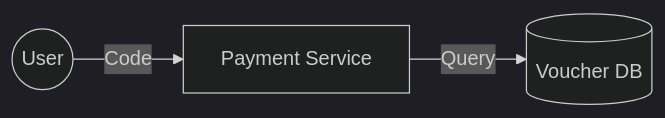
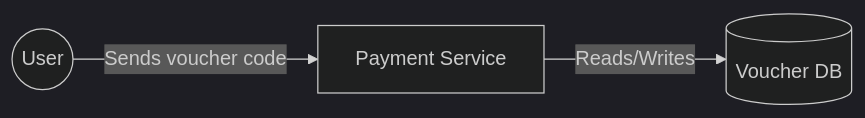
One commit to SDN-Group5/Event-Ticketing-Platform changed the fourth of 28 diagrams in doc/UML/Phuoc_PaymentCheckin.md. Above: the diagram before and after it, drawn with Mermaid (dark theme). The commit also changed other lines of this file and 19 other files, not shown here.

````diff
--- a/doc/UML/Phuoc_PaymentCheckin.md
+++ b/doc/UML/Phuoc_PaymentCheckin.md
@@ -47,5 +49,5 @@
 ```mermaid
 graph LR
-    U((User)) -- Code --> P[Payment Service]
-    P -- Query --> DB[(Voucher DB)]
+    U((User)) -- Sends voucher code --> P[Payment Service]
+    P -- Reads/Writes --> DB[(Voucher DB)]
 ```
````
